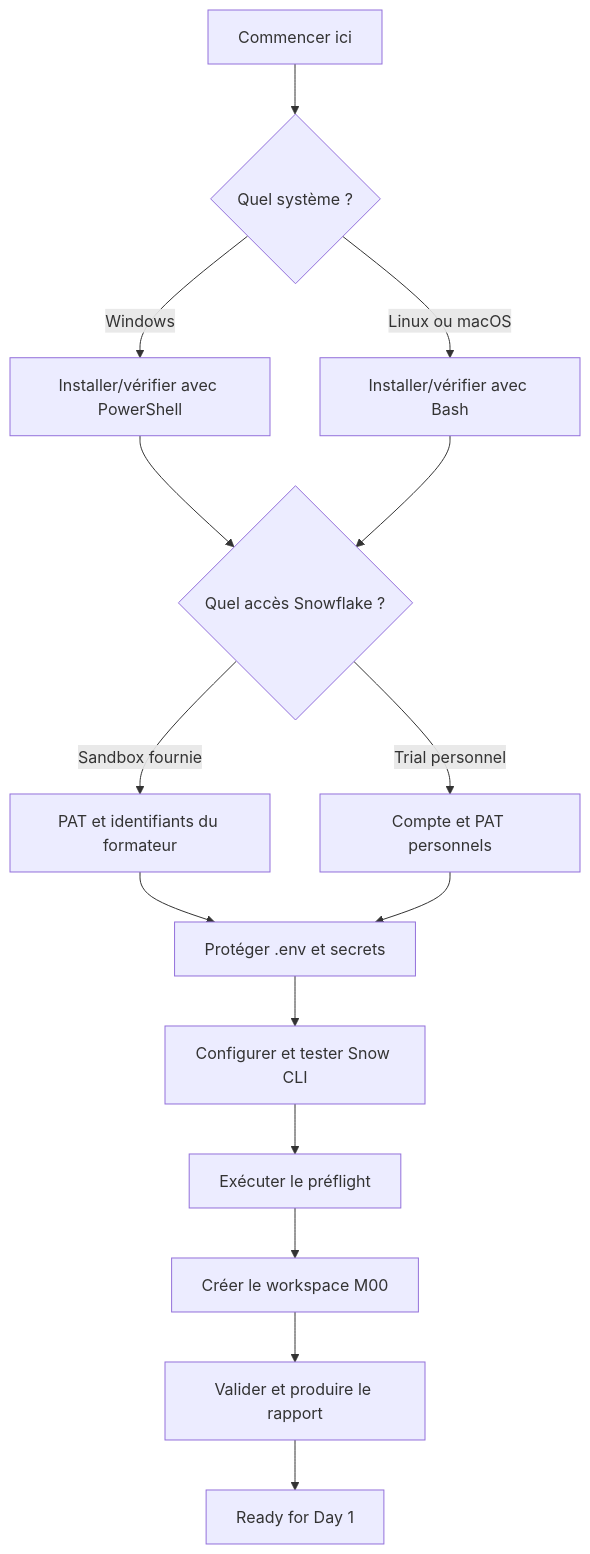
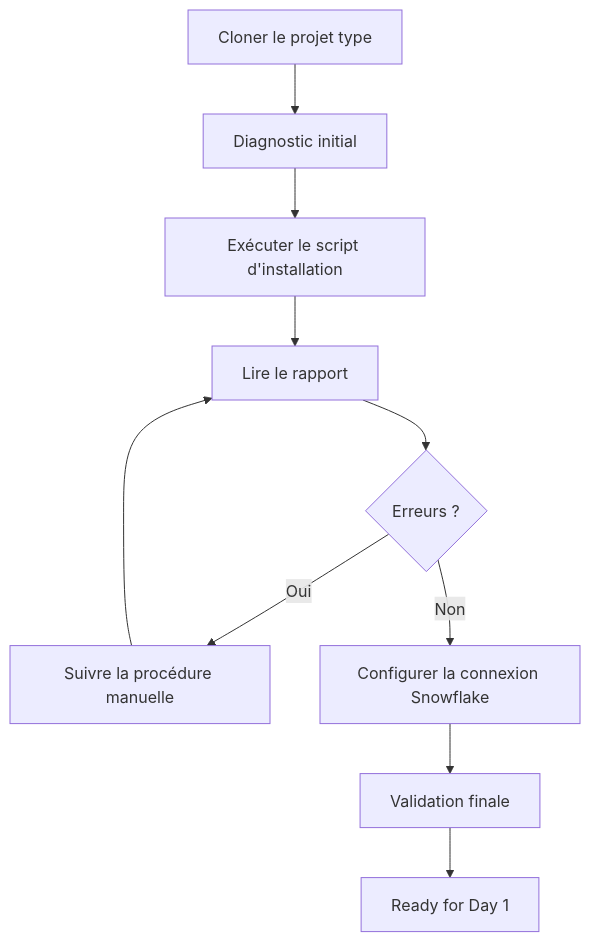
Before and after one commit to msellamiTN/Snowflake-terraform: the diagram in courses/day-00/README.md, drawn with Mermaid. The commit also changed other lines of this file and 47 other files, not shown here.

First line of the commit message:
feat: align training program with Azure-first architecture and production-grade practices

````diff
--- a/courses/day-00/README.md
+++ b/courses/day-00/README.md
@@ -25,17 +28,12 @@
 ```mermaid
 flowchart TD
-    START[Commencer ici] --> OS{Quel système ?}
-    OS -->|Windows| TOOLS_W[Installer/vérifier avec PowerShell]
-    OS -->|Linux ou macOS| TOOLS_U[Installer/vérifier avec Bash]
-    TOOLS_W --> ACCESS{Quel accès Snowflake ?}
-    TOOLS_U --> ACCESS
-    ACCESS -->|Sandbox fournie| SANDBOX[PAT et identifiants du formateur]
-    ACCESS -->|Trial personnel| TRIAL[Compte et PAT personnels]
-    SANDBOX --> CONFIG[Protéger .env et secrets]
-    TRIAL --> CONFIG
-    CONFIG --> CONNECTION[Configurer et tester Snow CLI]
-    CONNECTION --> PREFLIGHT[Exécuter le préflight]
-    PREFLIGHT --> WORKSPACE[Créer le workspace M00]
-    WORKSPACE --> REPORT[Valider et produire le rapport]
-    REPORT --> READY[Ready for Day 1]
+    CLONE[Cloner le projet type] --> DIAG[Diagnostic initial]
+    DIAG --> INSTALL[Exécuter le script d'installation]
+    INSTALL --> REPORT[Lire le rapport]
+    REPORT --> FIX{Erreurs ?}
+    FIX -->|Oui| MANUAL[Suivre la procédure manuelle]
+    MANUAL --> REPORT
+    FIX -->|Non| SNOW[Configurer la connexion Snowflake]
+    SNOW --> VALIDATE[Validation finale]
+    VALIDATE --> READY[Ready for Day 1]
 ```
````
